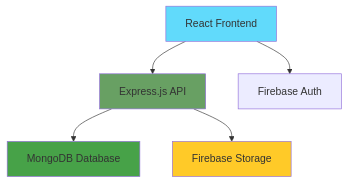
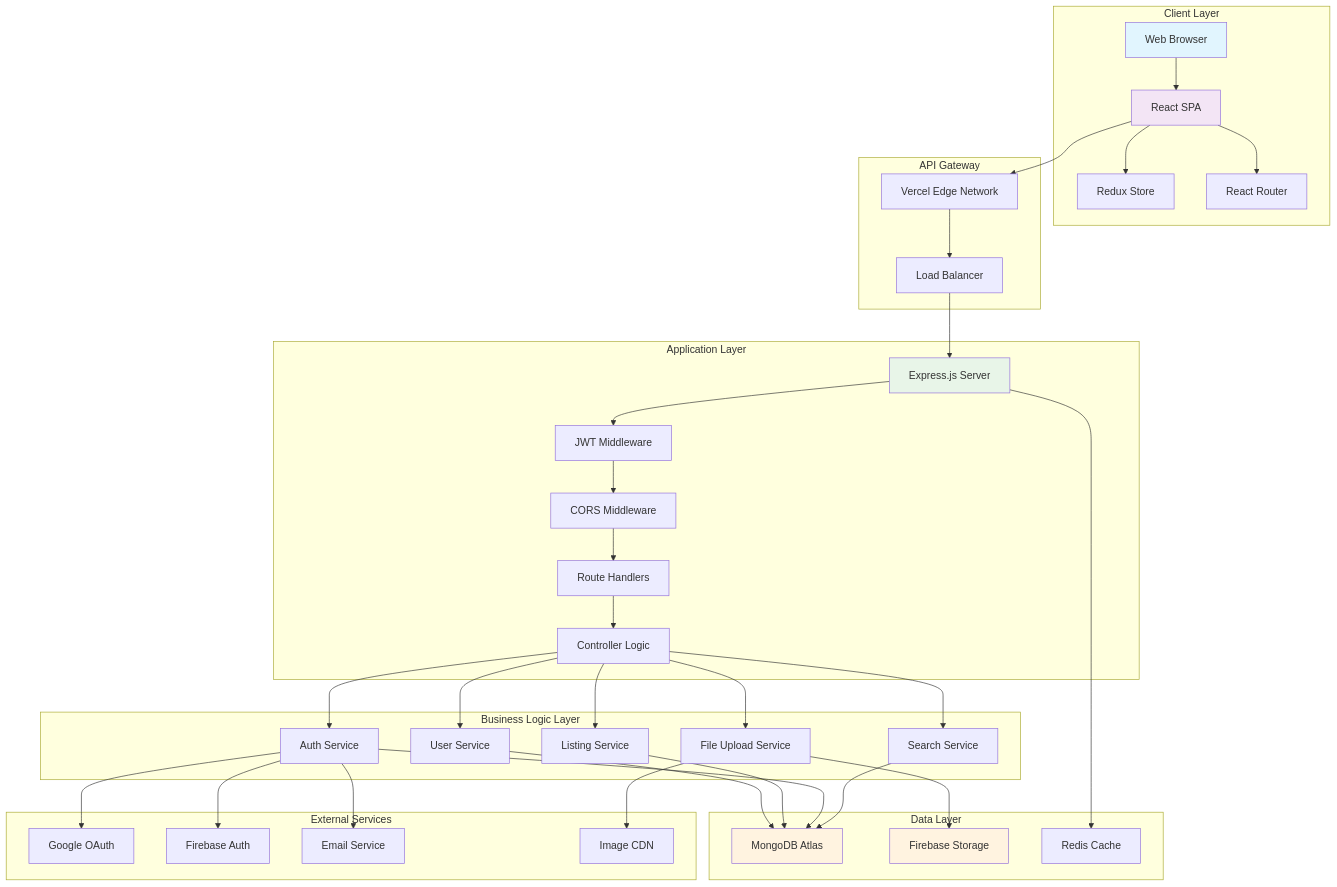
The first of 2 diagrams in README.md (im-shafiqurrehman/RealEstate-Mern), drawn with Mermaid before and after one commit. The commit also changed other lines of this file, not shown here.

````diff
--- a/README.md
+++ b/README.md
@@ -29,12 +29,75 @@
 ```mermaid
 graph TB
-    A[React Frontend] --> B[Express.js API]
-    B --> C[MongoDB Database]
-    B --> D[Firebase Storage]
-    A --> E[Firebase Auth]
+    subgraph "Client Layer"
+        A[Web Browser]
+        B[React SPA]
+        C[Redux Store]
+        D[React Router]
+    end
     
-    style A fill:#61dafb
-    style B fill:#68a063
-    style C fill:#47a248
-    style D fill:#ffca28
+    subgraph "API Gateway"
+        E[Vercel Edge Network]
+        F[Load Balancer]
+    end
+    
+    subgraph "Application Layer"
+        G[Express.js Server]
+        H[JWT Middleware]
+        I[CORS Middleware]
+        J[Route Handlers]
+        K[Controller Logic]
+    end
+    
+    subgraph "Business Logic Layer"
+        L[User Service]
+        M[Listing Service]
+        N[Auth Service]
+        O[File Upload Service]
+        P[Search Service]
+    end
+    
+    subgraph "Data Layer"
+        Q[MongoDB Atlas]
+        R[Firebase Storage]
+        S[Redis Cache]
+    end
+    
+    subgraph "External Services"
+        T[Google OAuth]
+        U[Firebase Auth]
+        V[Email Service]
+        W[Image CDN]
+    end
+    
+    A --> B
+    B --> C
+    B --> D
+    B --> E
+    E --> F
+    F --> G
+    G --> H
+    H --> I
+    I --> J
+    J --> K
+    K --> L
+    K --> M
+    K --> N
+    K --> O
+    K --> P
+    L --> Q
+    M --> Q
+    N --> Q
+    O --> R
+    P --> Q
+    G --> S
+    N --> T
+    N --> U
+    N --> V
+    O --> W
+    
+    style A fill:#e1f5fe
+    style B fill:#f3e5f5
+    style G fill:#e8f5e8
+    style Q fill:#fff3e0
+    style R fill:#fff3e0
 ```
````
